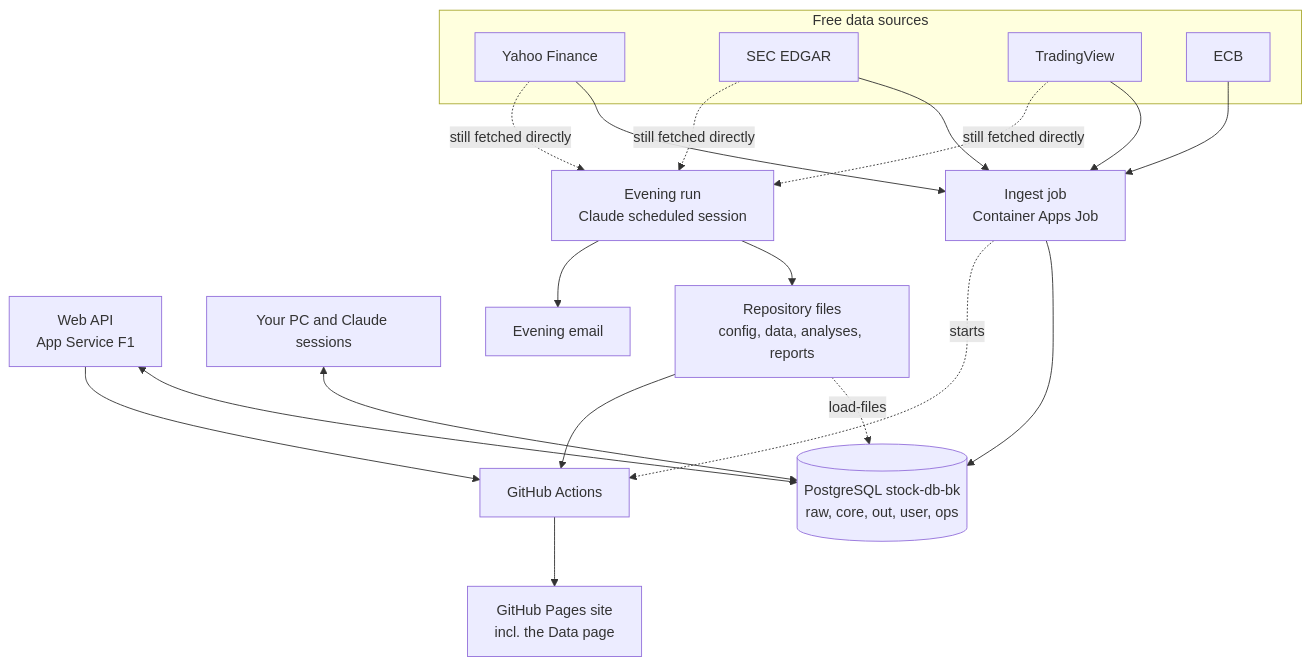
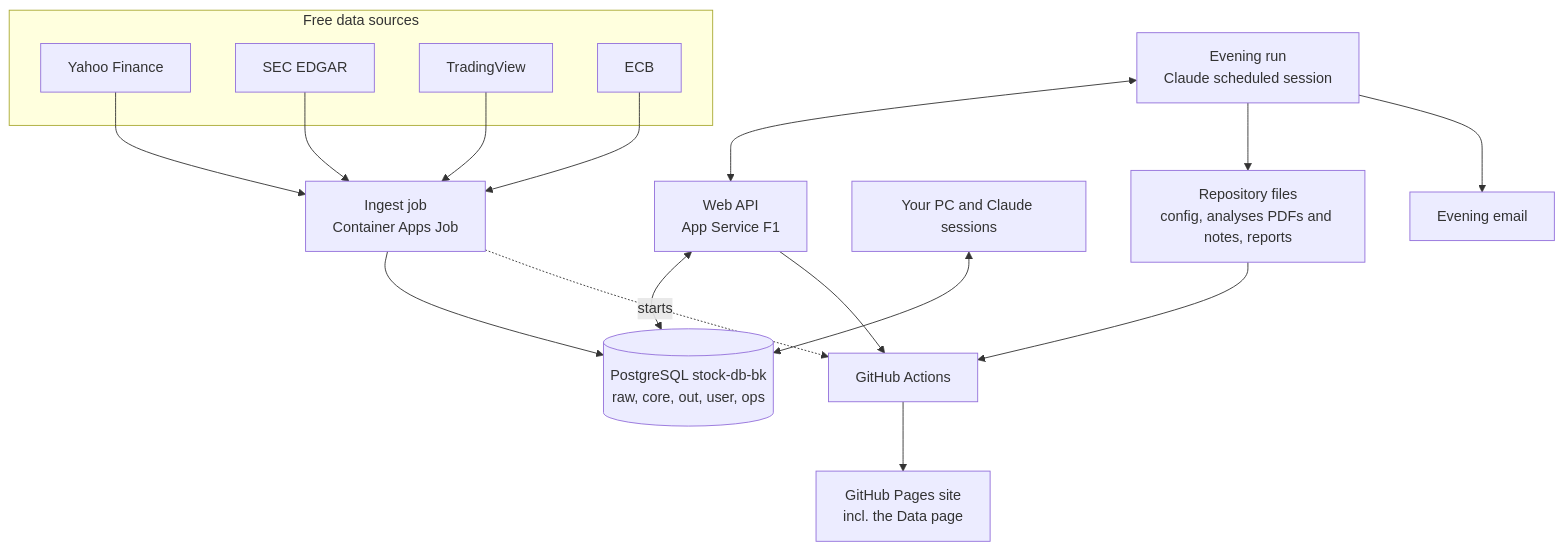
The diagram in docs/ARCHITECTURE.md (khalilvandian/Stock-analysis), drawn with Mermaid before and after one commit. The commit also changed other lines of this file and 194 other files, not shown here.

````diff
--- a/docs/ARCHITECTURE.md
+++ b/docs/ARCHITECTURE.md
@@ -28,26 +31,24 @@
 ```mermaid
 flowchart TD
   subgraph Sources[Free data sources]
     Y[Yahoo Finance]; S[SEC EDGAR]; T[TradingView]; E[ECB]
   end
   J[Ingest job<br/>Container Apps Job]
   DB[(PostgreSQL stock-db-bk<br/>raw, core, out, user, ops)]
   API[Web API<br/>App Service F1]
   EV[Evening run<br/>Claude scheduled session]
   PC[Your PC and Claude sessions]
-  F[Repository files<br/>config, data, analyses, reports]
+  F[Repository files<br/>config, analyses PDFs and notes, reports]
   GH[GitHub Actions]
   P[GitHub Pages site<br/>incl. the Data page]
   M[Evening email]
   Y & S & T & E --> J --> DB
-  Y & S & T -.still fetched directly.-> EV
   PC <--> DB
-  API <--> DB
+  EV <--> API <--> DB
   EV --> F
-  F -.load-files.-> DB
   F --> GH
   J -.starts.-> GH
   API --> GH
   GH --> P
   EV --> M
 ```
````
